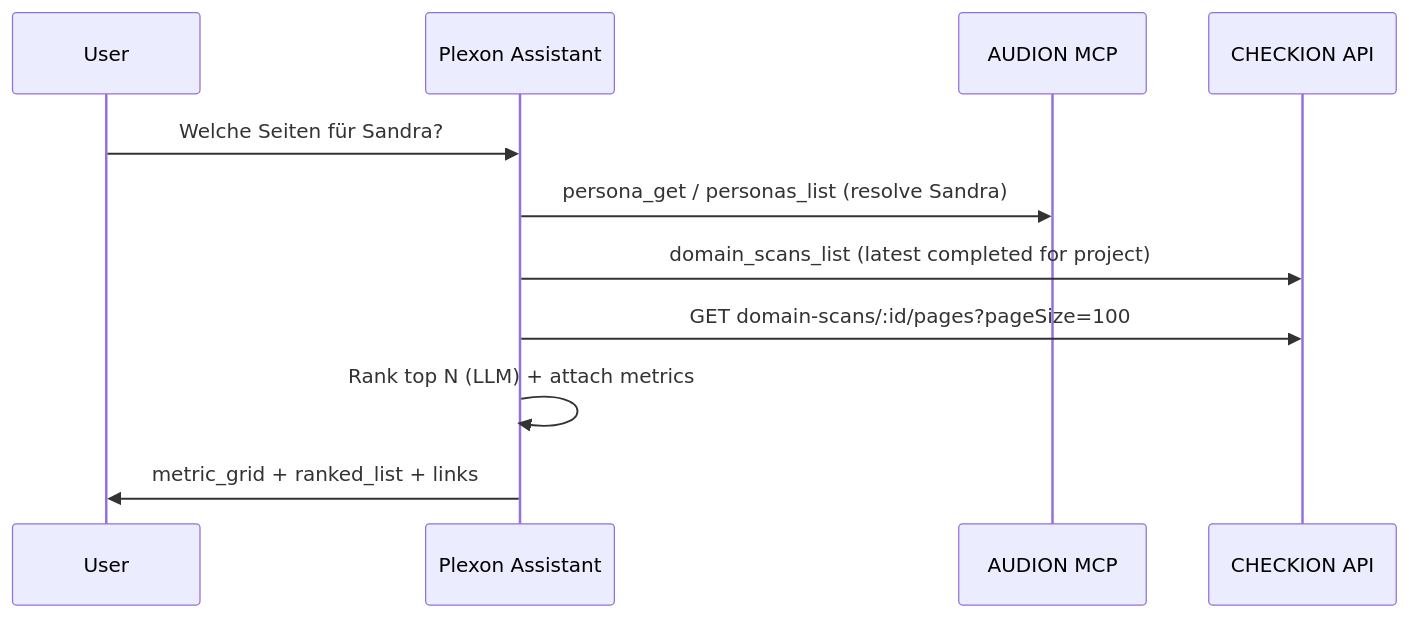
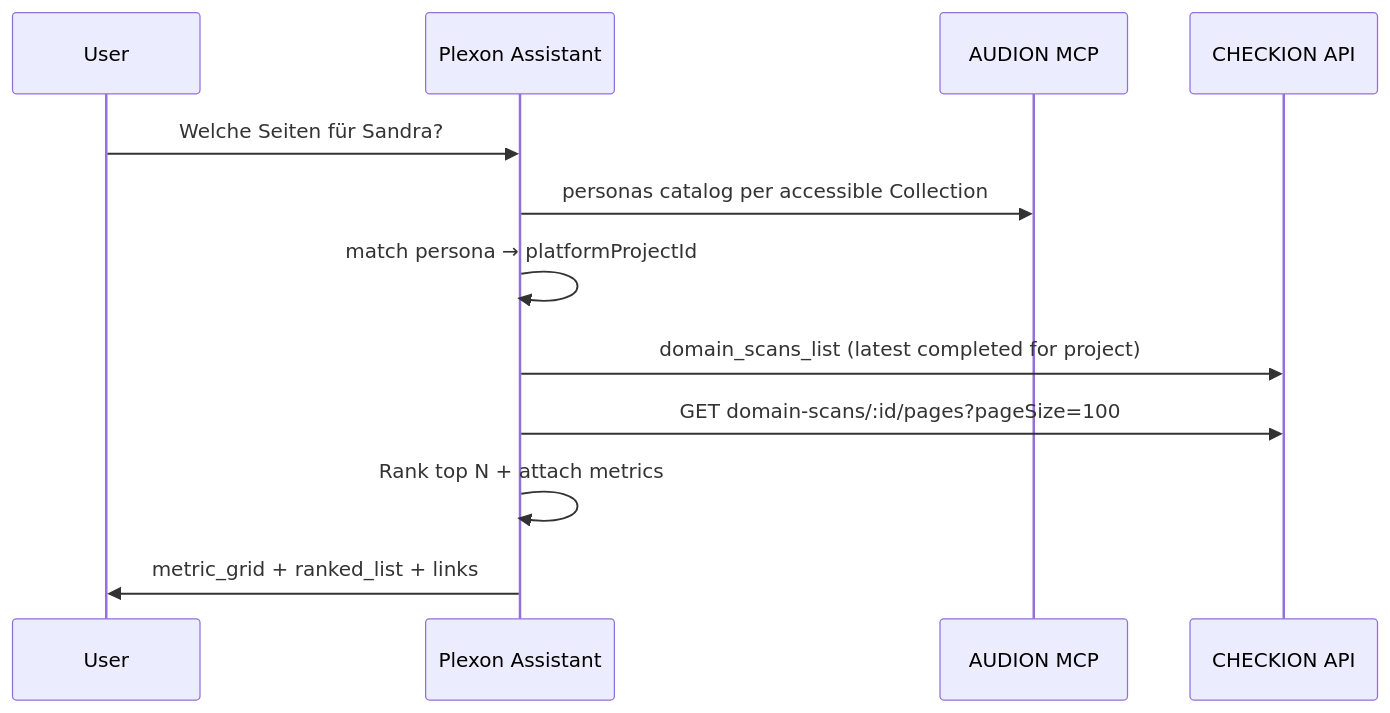
One commit to chbrdk/plexon-v3 changed the diagram in specs/domain/assistant-persona-page-relevance.md. Above: the diagram before and after it, drawn with Mermaid. The commit also changed other lines of this file and 4 other files, not shown here.

First line of the commit message:
Resolve Collection from persona catalogs instead of Vaillant hardcodes.

````diff
--- a/specs/domain/assistant-persona-page-relevance.md
+++ b/specs/domain/assistant-persona-page-relevance.md
@@ -37,14 +37,15 @@
 ```mermaid
 sequenceDiagram
   participant U as User
   participant P as Plexon Assistant
   participant A as AUDION MCP
   participant C as CHECKION API
 
   U->>P: Welche Seiten für Sandra?
-  P->>A: persona_get / personas_list (resolve Sandra)
+  P->>A: personas catalog per accessible Collection
+  P->>P: match persona → platformProjectId
   P->>C: domain_scans_list (latest completed for project)
   P->>C: GET domain-scans/:id/pages?pageSize=100
-  P->>P: Rank top N (LLM) + attach metrics
+  P->>P: Rank top N + attach metrics
   P->>U: metric_grid + ranked_list + links
 ```
````
